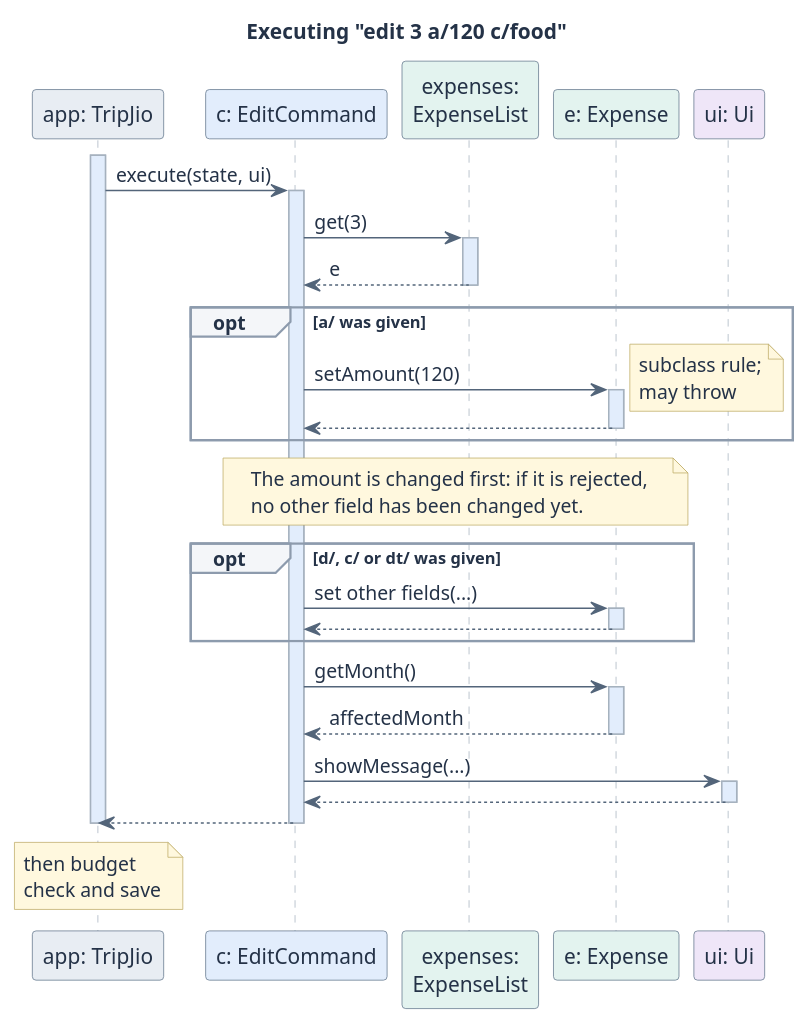
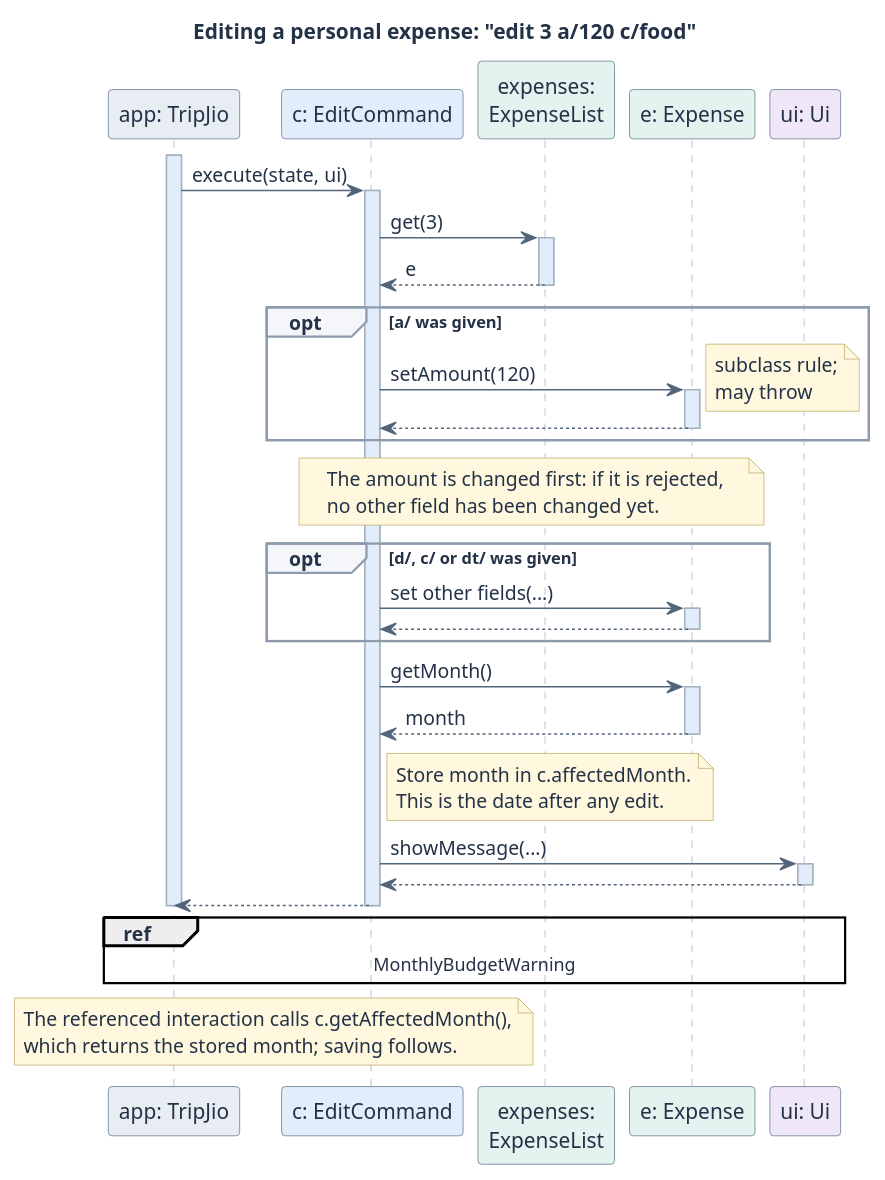
Before and after one commit to AY2627S1-CS2113-W10-1/tp: the diagram in docs/diagrams/EditExpenseSequence.puml, drawn with PlantUML. The commit also changed 18 other files, not shown here.

```diff
--- a/docs/diagrams/EditExpenseSequence.puml
+++ b/docs/diagrams/EditExpenseSequence.puml
@@ -1,56 +1,58 @@
 @startuml
 skinparam shadowing false
 skinparam backgroundColor #FFFFFF
 skinparam defaultFontColor #243247
 skinparam ArrowColor #53657A
 skinparam sequenceLifeLineBackgroundColor #E2EDFC
 skinparam NoteBackgroundColor #FFF8DE
 skinparam NoteBorderColor #BDAA65
 skinparam sequenceParticipantBorderColor #60758A
 skinparam sequenceLifeLineBorderColor #A5B1BE
 skinparam sequenceGroupBorderColor #8D9BAD
 skinparam sequenceGroupBackgroundColor #F4F6F9
-title Executing "edit 3 a/120 c/food"
+title Editing a personal expense: "edit 3 a/120 c/food"
 participant "app: TripJio" as App #E8EDF3
 participant "c: EditCommand" as Cmd #E2EDFC
 participant "expenses:\nExpenseList" as List #E3F3EF
 participant "e: Expense" as Exp #E3F3EF
 participant "ui: Ui" as Ui #EFE6F8
 
 activate App
 App -> Cmd : execute(state, ui)
 activate Cmd
 Cmd -> List : get(3)
 activate List
 List --> Cmd : e
 deactivate List
 opt a/ was given
 Cmd -> Exp : setAmount(120)
 activate Exp
 note right
   subclass rule;
   may throw
 end note
 Exp --> Cmd
 deactivate Exp
 end
 note over Cmd, Exp : The amount is changed first: if it is rejected,\nno other field has been changed yet.
 opt d/, c/ or dt/ was given
 Cmd -> Exp : set other fields(...)
 activate Exp
 Exp --> Cmd
 deactivate Exp
 end
 Cmd -> Exp : getMonth()
 activate Exp
-Exp --> Cmd : affectedMonth
+Exp --> Cmd : month
 deactivate Exp
+note right of Cmd : Store month in c.affectedMonth.\nThis is the date after any edit.
 Cmd -> Ui : showMessage(...)
 activate Ui
 Ui --> Cmd
 deactivate Ui
 Cmd --> App
 deactivate Cmd
-note over App : then budget\ncheck and save
+ref over App, Ui : MonthlyBudgetWarning
+note over App, Cmd : The referenced interaction calls c.getAffectedMonth(),\nwhich returns the stored month; saving follows.
 deactivate App
 @enduml
```
